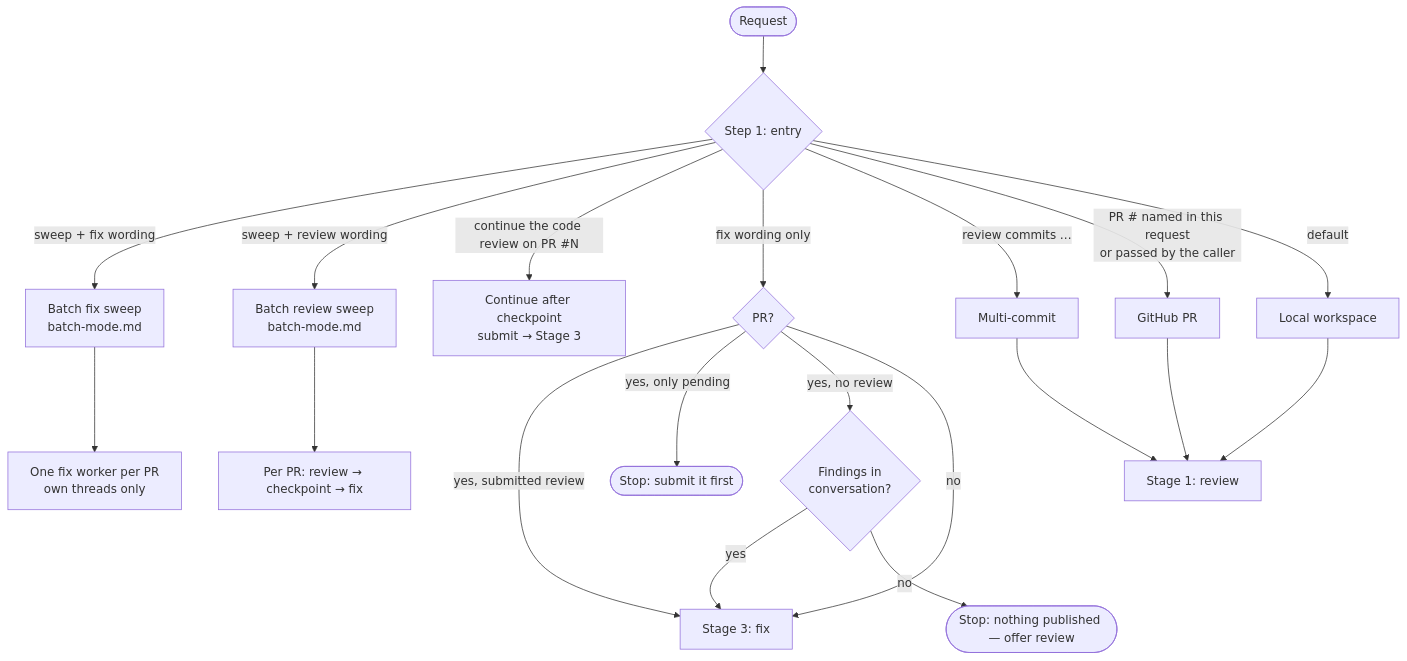
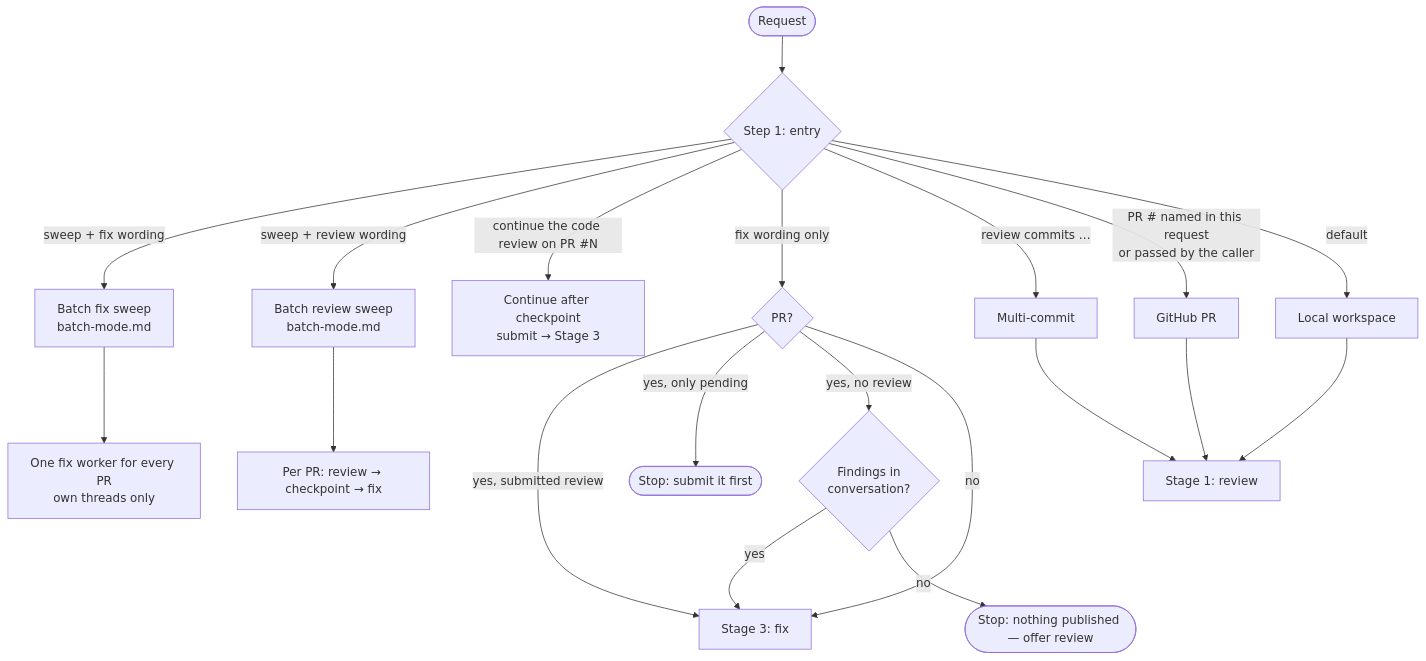
One commit to flaviosv/ai-coding-tooling changed the first of 3 diagrams in skills/code-review/WORKFLOW.md. Above: the diagram before and after it, drawn with Mermaid. The commit also changed other lines of this file and 20 other files, not shown here.

````diff
--- a/skills/code-review/WORKFLOW.md
+++ b/skills/code-review/WORKFLOW.md
@@ -7,24 +7,24 @@
 ```mermaid
 flowchart TD
     Req([Request]) --> R{Step 1: entry}
     R -- "sweep + fix wording" --> BF[Batch fix sweep<br/>batch-mode.md]
     R -- "sweep + review wording" --> BR[Batch review sweep<br/>batch-mode.md]
     R -- "continue the code review on PR #N" --> CT[Continue after checkpoint<br/>submit → Stage 3]
     R -- "fix wording only" --> FX{PR?}
     R -- "review commits …" --> MC[Multi-commit]
     R -- "PR # named in this request<br/>or passed by the caller" --> PR[GitHub PR]
     R -- default --> LW[Local workspace]
 
     FX -- "yes, submitted review" --> S3[Stage 3: fix]
     FX -- "yes, only pending" --> Stop1([Stop: submit it first])
     FX -- "yes, no review" --> CF{Findings in<br/>conversation?}
     CF -- yes --> S3
     CF -- no --> Stop2([Stop: nothing published — offer review])
     FX -- no --> S3
 
     MC --> S1[Stage 1: review]
     PR --> S1
     LW --> S1
-    BF --> BFW[One fix worker per PR<br/>own threads only]
+    BF --> BFW[One fix worker for every PR<br/>own threads only]
     BR --> BRW[Per PR: review → checkpoint → fix]
 ```
````
